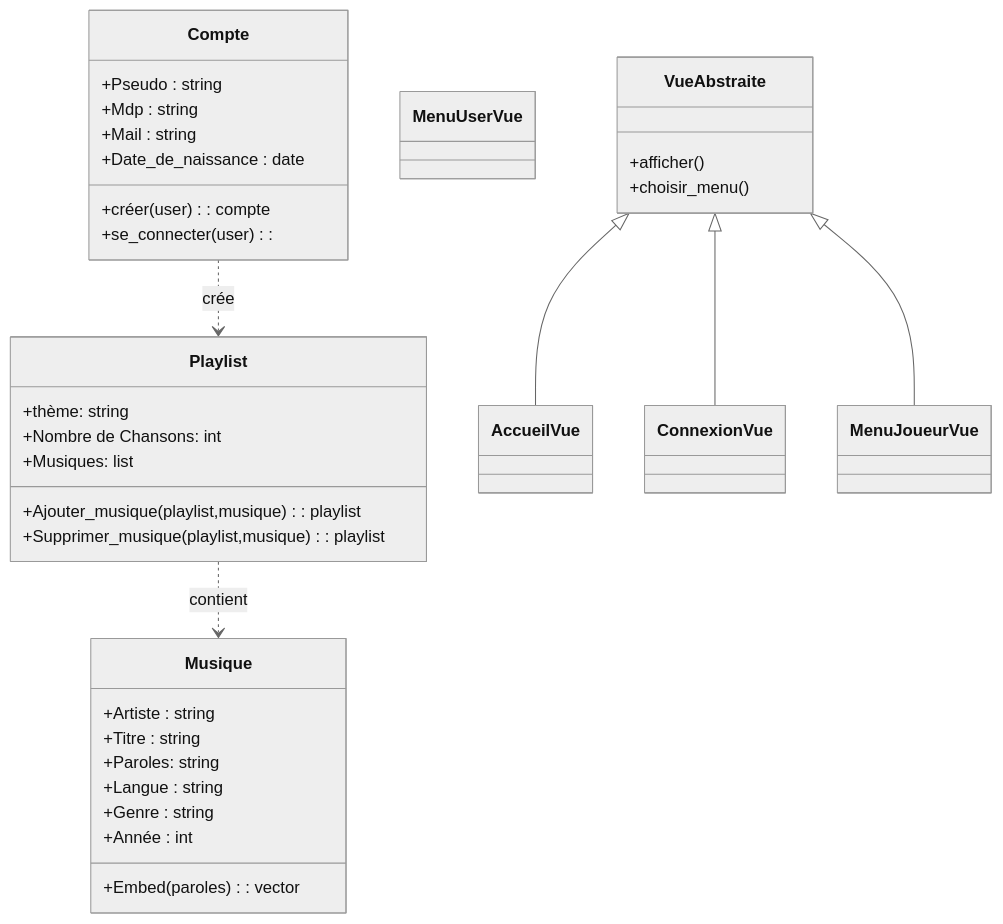
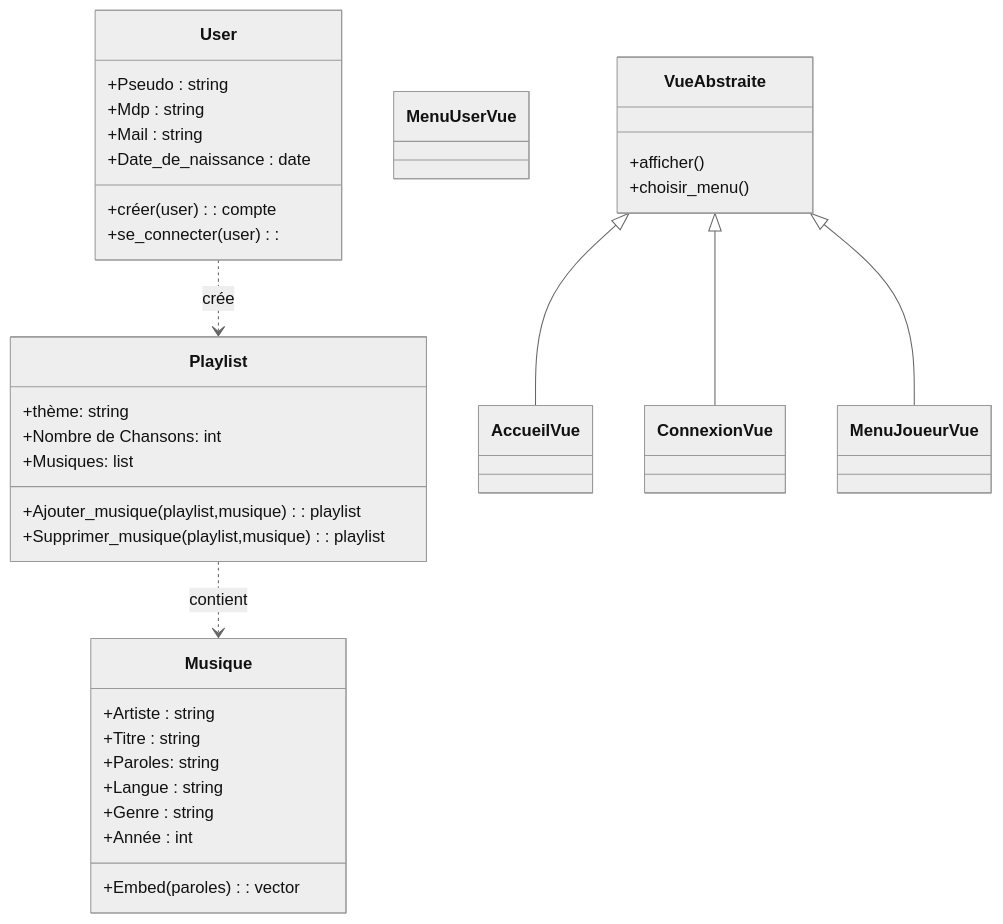
One commit to luteceagn/ENSAI-Projet-info-2A changed the diagram in doc/tracking/diag_classes.md. Above: the diagram before and after it, drawn with Mermaid (neutral theme).

````diff
--- a/doc/tracking/diag_classes.md
+++ b/doc/tracking/diag_classes.md
@@ -3,49 +3,49 @@
 ```mermaid
 classDiagram
     class Playlist {
         +thème: string
         +Nombre de Chansons: int
         +Musiques: list
         +Ajouter_musique(playlist,musique): playlist
         +Supprimer_musique(playlist,musique): playlist
     }
     
-    class Compte {
+    class User {
         +Pseudo : string
         +Mdp : string
         +Mail : string
         +Date_de_naissance : date
         +créer(user): compte
         +se_connecter(user):     
     }
     
     class Musique {
         +Artiste : string
         +Titre : string
         +Paroles: string
         +Langue : string
         +Genre : string
         +Année : int
         +Embed(paroles): vector
     }
 
     class AccueilVue {
     }
     
     class ConnexionVue {
     }
 
     class MenuUserVue {
     }
 
     class VueAbstraite{
       +afficher()
       +choisir_menu()
     }
 
     VueAbstraite <|-- AccueilVue
     VueAbstraite <|-- ConnexionVue
     VueAbstraite <|-- MenuJoueurVue
-    Compte ..> Playlist: crée
+    User ..> Playlist: crée
     Playlist ..> Musique: contient
 ```
````
